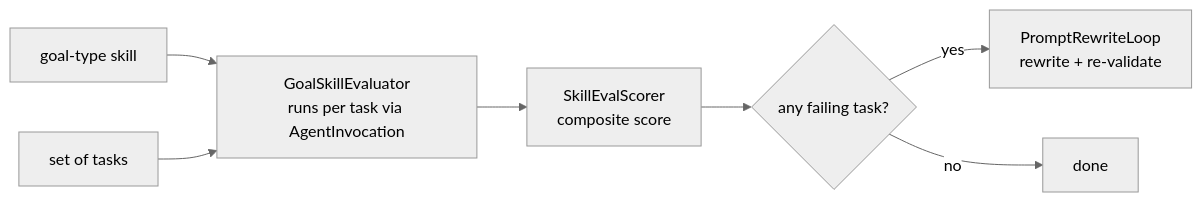
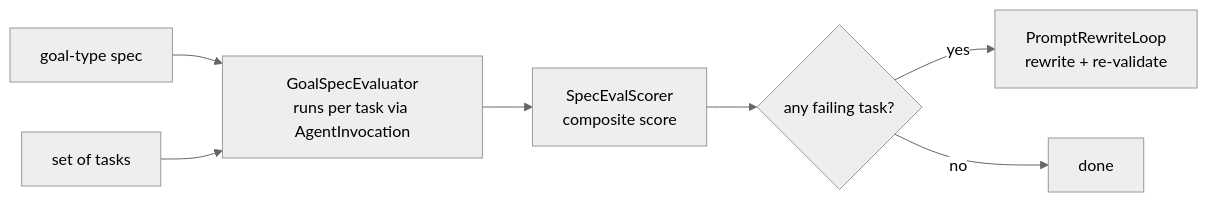
Before and after one commit to iromu/embabel-smith: the diagram in poc/poc-5-eval/README.md, drawn with Mermaid (neutral theme). The commit also changed other lines of this file and 650 other files, not shown here.

First line of the commit message:
Rename the skill-pack vocabulary to agent spec to match what the unit actually is

````diff
--- a/poc/poc-5-eval/README.md
+++ b/poc/poc-5-eval/README.md
@@ -20,9 +20,9 @@
 ```mermaid
 flowchart LR
-    SKILL["goal-type skill"] --> EVAL["GoalSkillEvaluator<br/>runs per task via AgentInvocation"]
+    SPEC["goal-type spec"] --> EVAL["GoalSpecEvaluator<br/>runs per task via AgentInvocation"]
     TASKS["set of tasks"] --> EVAL
-    EVAL --> SCORE["SkillEvalScorer<br/>composite score"]
+    EVAL --> SCORE["SpecEvalScorer<br/>composite score"]
     SCORE --> FAIL{"any failing task?"}
     FAIL -->|"yes"| REWRITE["PromptRewriteLoop<br/>rewrite + re-validate"]
     FAIL -->|"no"| DONE["done"]
 ```
````
